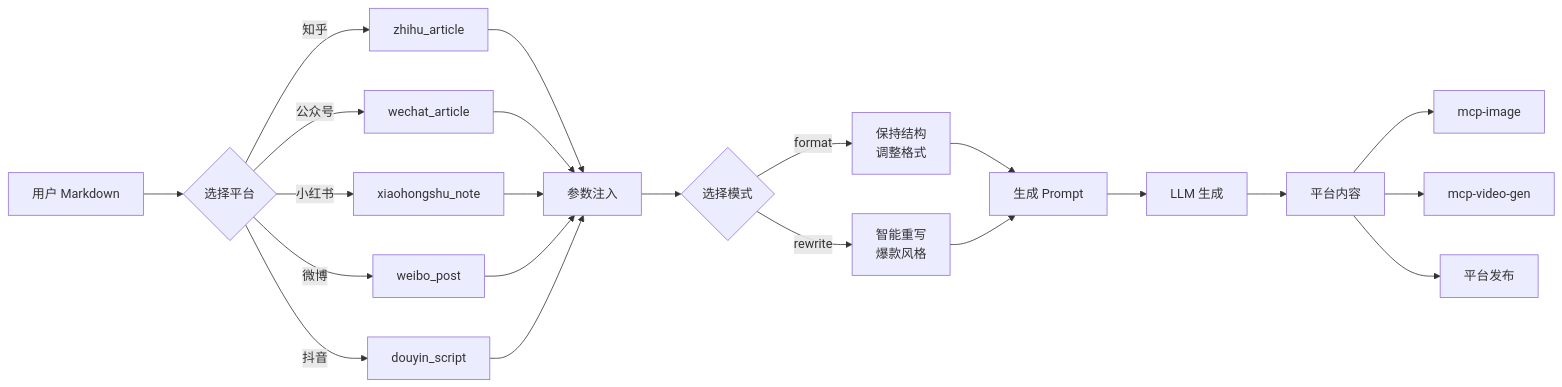
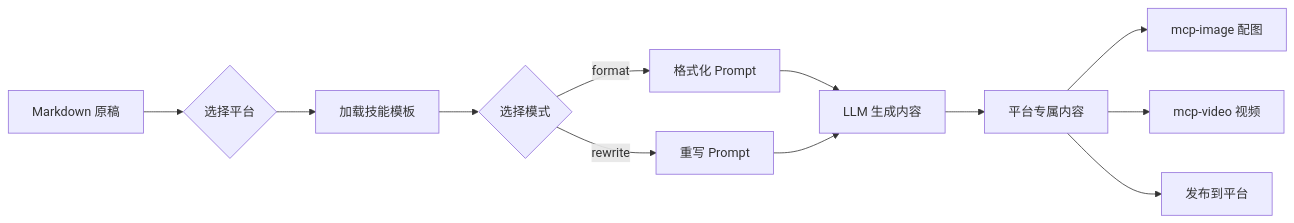
Before and after one commit to kevinten-ai/mcp-content-styles: the diagram in README.md, drawn with Mermaid. The commit also changed other lines of this file and 3 other files, not shown here.

First line of the commit message:
docs: 全面优化 README，添加 AI 生成图示

````diff
--- a/README.md
+++ b/README.md
@@ -91,29 +167,14 @@
 ```mermaid
 flowchart LR
-    A[用户 Markdown] --> B{选择平台}
-    B -->|知乎| C[zhihu_article]
-    B -->|公众号| D[wechat_article]
-    B -->|小红书| E[xiaohongshu_note]
-    B -->|微博| F[weibo_post]
-    B -->|抖音| G[douyin_script]
-
-    C --> H[参数注入]
-    D --> H
-    E --> H
-    F --> H
-    G --> H
-
-    H --> I{选择模式}
-    I -->|format| J[保持结构<br/>调整格式]
-    I -->|rewrite| K[智能重写<br/>爆款风格]
-
-    J --> L[生成 Prompt]
-    K --> L
-
-    L --> M[LLM 生成]
-    M --> N[平台内容]
-
-    N --> O[mcp-image]
-    N --> P[mcp-video-gen]
-    N --> Q[平台发布]
+    A[Markdown 原稿] --> B{选择平台}
+    B --> C[加载技能模板]
+    C --> D{选择模式}
+    D -->|format| E[格式化 Prompt]
+    D -->|rewrite| F[重写 Prompt]
+    E --> G[LLM 生成内容]
+    F --> G
+    G --> H[平台专属内容]
+    H --> I[mcp-image 配图]
+    H --> J[mcp-video 视频]
+    H --> K[发布到平台]
 ```
````
